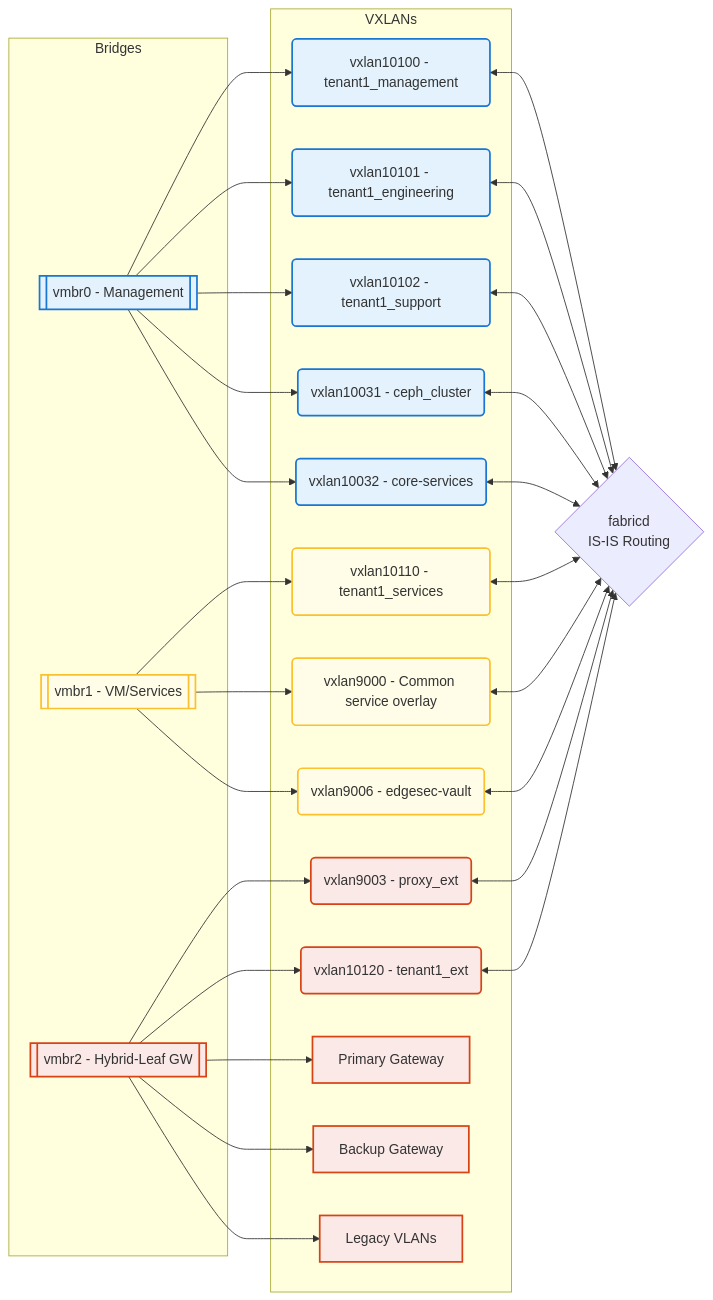
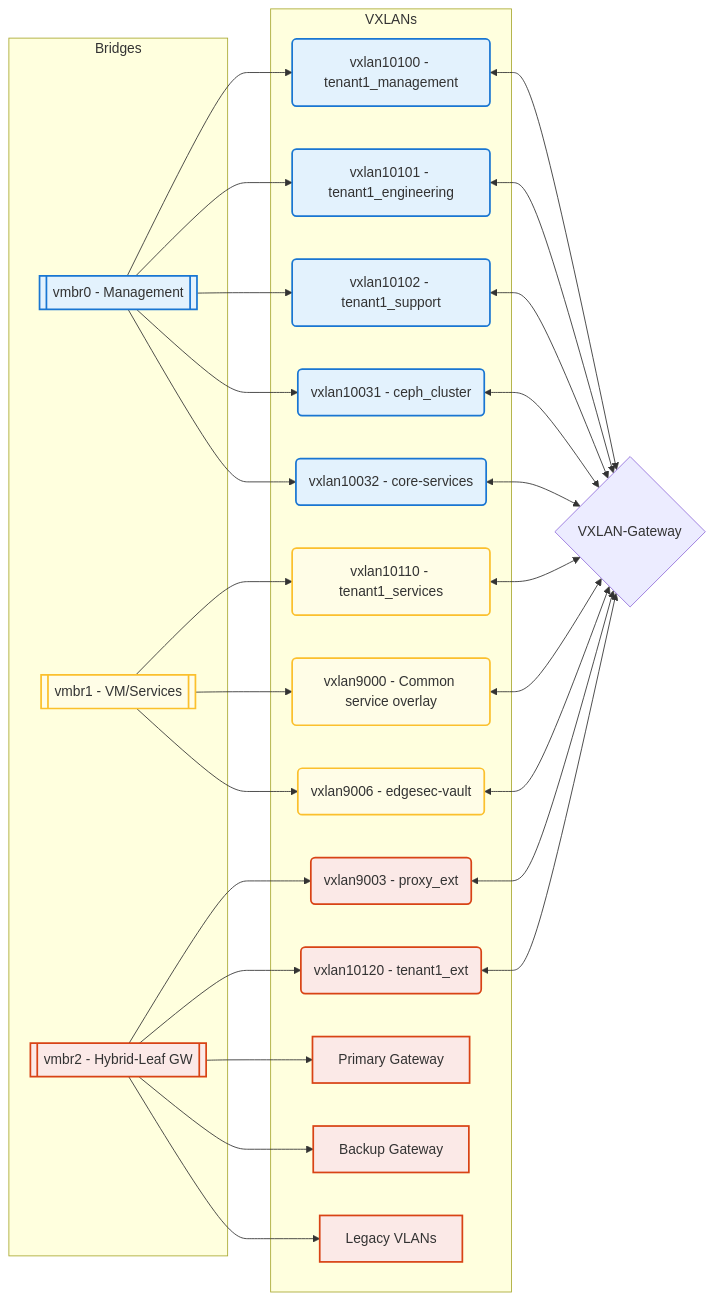
Before and after one commit to CEP-Comwell/proxmox_addons: the first of 4 diagrams in README.md, drawn with Mermaid. The commit also changed other lines of this file, not shown here.

Commit message:
updated fabricd to VXLAN-Gateway

````diff
--- a/README.md
+++ b/README.md
@@ -20,55 +20,55 @@
 ```mermaid
 graph LR
 subgraph Bridges
 	MgmtBridge[[vmbr0 - Management]]
 	VMBridge[[vmbr1 - VM/Services]]
 	ExtBridge[[vmbr2 - Hybrid-Leaf GW]]
 end
 subgraph VXLANs
 	VX10100(vxlan10100 - tenant1_management)
 	VX10101(vxlan10101 - tenant1_engineering)
 	VX10102(vxlan10102 - tenant1_support)
 	VXCEPH2(vxlan10031 - ceph_cluster)
 	VX10032(vxlan10032 - core-services)
 	VX10110(vxlan10110 - tenant1_services)
 	VX9000(vxlan9000 - Common service overlay)
 	VX9006(vxlan9006 - edgesec-vault)
 	VX9003(vxlan9003 - proxy_ext)
 	VX10120(vxlan10120 - tenant1_ext)
 	Gateway1[Primary Gateway]
 	Gateway2[Backup Gateway]
 	LegacyVLAN[Legacy VLANs]
 end
-Fabricd{fabricd\nIS-IS Routing}
+VXLANGW{VXLAN-Gateway}
 MgmtBridge --> VX10100
 MgmtBridge --> VX10101
 MgmtBridge --> VX10102
 MgmtBridge --> VXCEPH2
 MgmtBridge --> VX10032
 VMBridge --> VX10110
 VMBridge --> VX9000
 VMBridge --> VX9006
 ExtBridge --> VX9003
 ExtBridge --> VX10120
 ExtBridge --> Gateway1
 ExtBridge --> Gateway2
 ExtBridge --> LegacyVLAN
-VX10100 <--> Fabricd
-VX10101 <--> Fabricd
-VX10102 <--> Fabricd
-VX10110 <--> Fabricd
-VX9000 <--> Fabricd
-VX9006 <--> Fabricd
-VX9003 <--> Fabricd
-VX10120 <--> Fabricd
-VXCEPH2 <--> Fabricd
-VX10032 <--> Fabricd
+VX10100 <--> VXLANGW
+VX10101 <--> VXLANGW
+VX10102 <--> VXLANGW
+VX10110 <--> VXLANGW
+VX9000 <--> VXLANGW
+VX9006 <--> VXLANGW
+VX9003 <--> VXLANGW
+VX10120 <--> VXLANGW
+VXCEPH2 <--> VXLANGW
+VX10032 <--> VXLANGW
 
 %% Color coding
 classDef mgmt fill:#e3f2fd,stroke:#1976d2,stroke-width:2px;
 classDef vm fill:#fffde7,stroke:#fbc02d,stroke-width:2px;
 classDef ext fill:#fbe9e7,stroke:#d84315,stroke-width:2px;
 class MgmtBridge,VX10100,VX10101,VX10102,VXCEPH2,VX10032 mgmt;
 class VMBridge,VX10110,VX9000,VX9006 vm;
 class ExtBridge,Gateway1,Gateway2,LegacyVLAN,VX9003,VX10120 ext;
 ```
````
